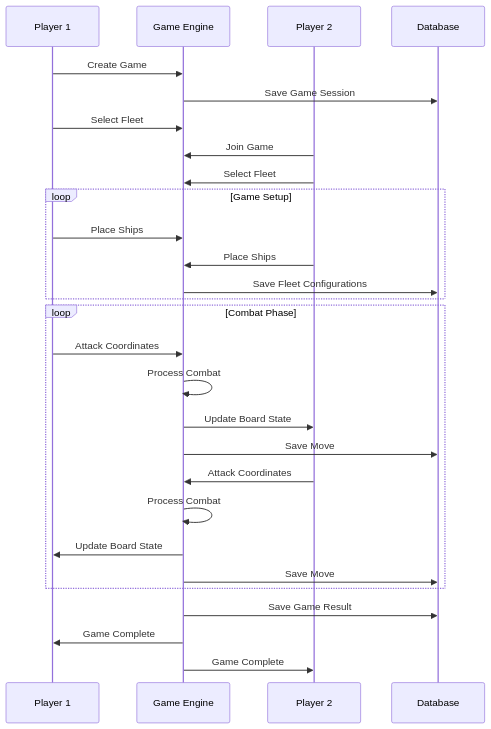
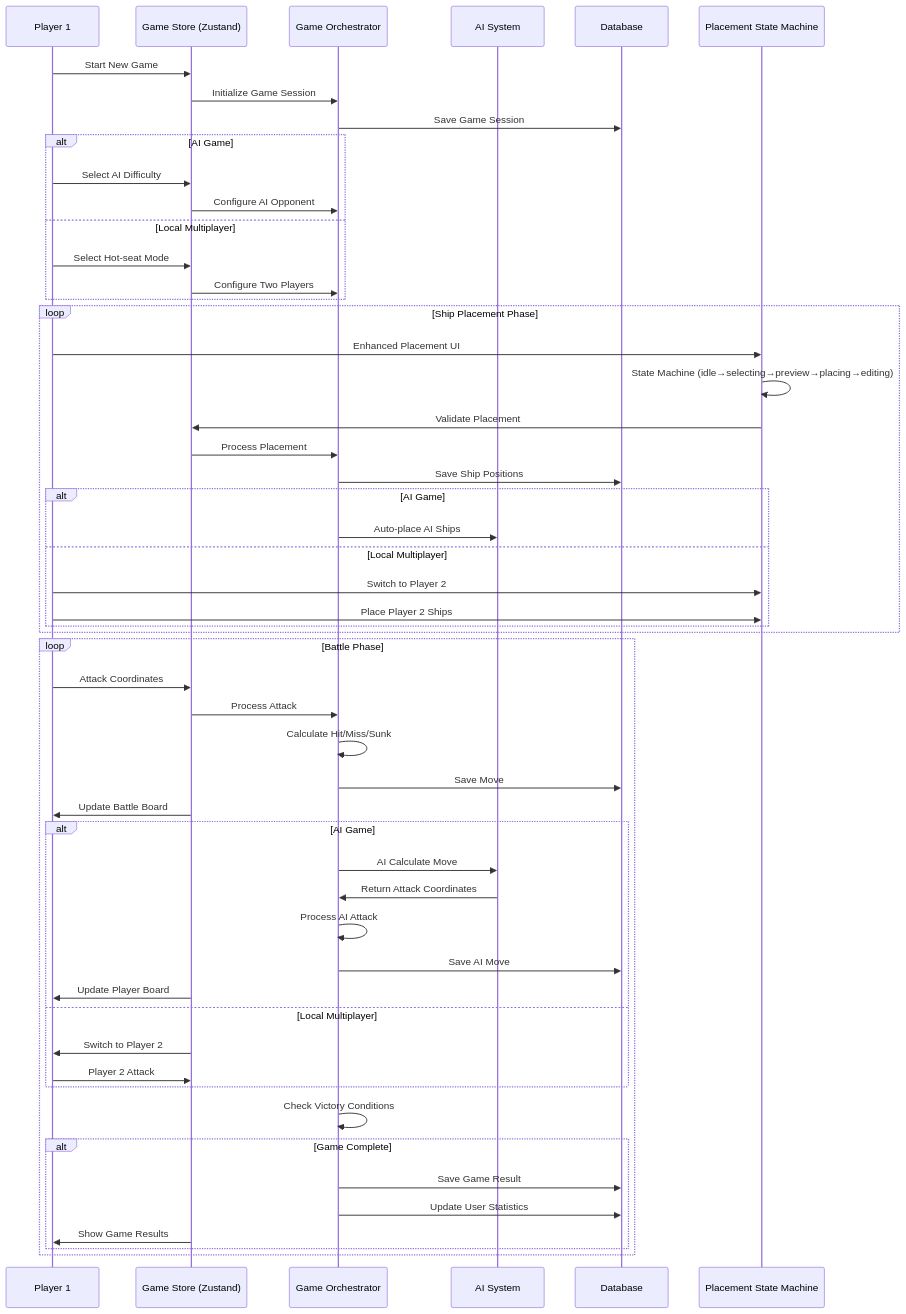
The second of 4 diagrams in cline-docs/systemArchitecture.md (artsmc/ai-battle-ship), drawn with Mermaid before and after one commit. The commit also changed other lines of this file and 144 other files, not shown here.

````diff
--- a/cline-docs/systemArchitecture.md
+++ b/cline-docs/systemArchitecture.md
@@ -144,34 +252,63 @@
 ```mermaid
 sequenceDiagram
     participant P1 as Player 1
-    participant GE as Game Engine
-    participant P2 as Player 2
+    participant GS as Game Store (Zustand)
+    participant GO as Game Orchestrator
+    participant AI as AI System
     participant DB as Database
+    participant PSM as Placement State Machine
     
-    P1->>GE: Create Game
-    GE->>DB: Save Game Session
-    P1->>GE: Select Fleet
-    P2->>GE: Join Game
-    P2->>GE: Select Fleet
+    P1->>GS: Start New Game
+    GS->>GO: Initialize Game Session
+    GO->>DB: Save Game Session
     
-    loop Game Setup
-        P1->>GE: Place Ships
-        P2->>GE: Place Ships
-        GE->>DB: Save Fleet Configurations
+    alt AI Game
+        P1->>GS: Select AI Difficulty
+        GS->>GO: Configure AI Opponent
+    else Local Multiplayer
+        P1->>GS: Select Hot-seat Mode
+        GS->>GO: Configure Two Players
     end
     
-    loop Combat Phase
-        P1->>GE: Attack Coordinates
-        GE->>GE: Process Combat
-        GE->>P2: Update Board State
-        GE->>DB: Save Move
-        P2->>GE: Attack Coordinates
-        GE->>GE: Process Combat
-        GE->>P1: Update Board State
-        GE->>DB: Save Move
+    loop Ship Placement Phase
+        P1->>PSM: Enhanced Placement UI
+        PSM->>PSM: State Machine (idle→selecting→preview→placing→editing)
+        PSM->>GS: Validate Placement
+        GS->>GO: Process Placement
+        GO->>DB: Save Ship Positions
+        
+        alt AI Game
+            GO->>AI: Auto-place AI Ships
+        else Local Multiplayer
+            P1->>PSM: Switch to Player 2
+            P1->>PSM: Place Player 2 Ships
+        end
     end
     
-    GE->>DB: Save Game Result
-    GE->>P1: Game Complete
-    GE->>P2: Game Complete
+    loop Battle Phase
+        P1->>GS: Attack Coordinates
+        GS->>GO: Process Attack
+        GO->>GO: Calculate Hit/Miss/Sunk
+        GO->>DB: Save Move
+        GS->>P1: Update Battle Board
+        
+        alt AI Game
+            GO->>AI: AI Calculate Move
+            AI->>GO: Return Attack Coordinates
+            GO->>GO: Process AI Attack
+            GO->>DB: Save AI Move
+            GS->>P1: Update Player Board
+        else Local Multiplayer
+            GS->>P1: Switch to Player 2
+            P1->>GS: Player 2 Attack
+        end
+        
+        GO->>GO: Check Victory Conditions
+        
+        alt Game Complete
+            GO->>DB: Save Game Result
+            GO->>DB: Update User Statistics
+            GS->>P1: Show Game Results
+        end
+    end
 ```
````
